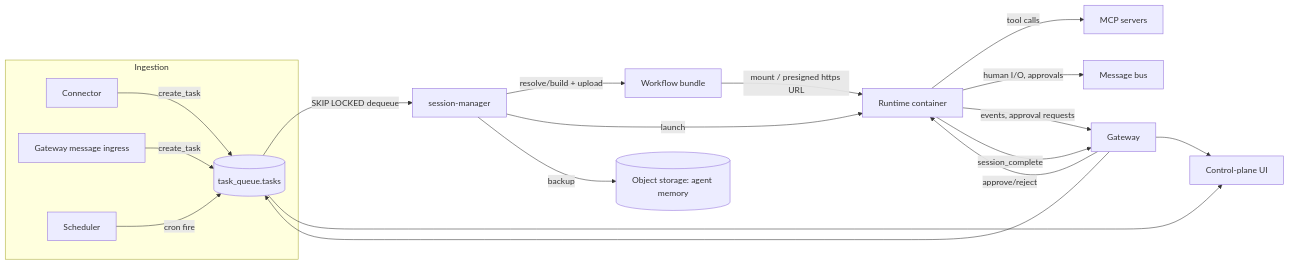
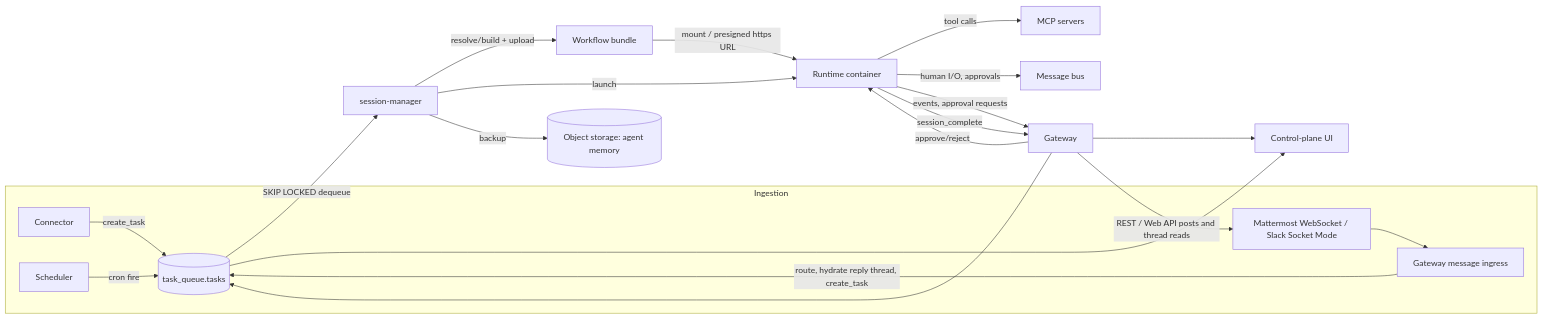
One commit to ops-workflows/agentic-ops-platform changed the diagram in docs/architecture.md. Above: the diagram before and after it, drawn with Mermaid. The commit also changed 133 other files, not shown here.

````diff
--- a/docs/architecture.md
+++ b/docs/architecture.md
@@ -79,23 +79,25 @@
 ```mermaid
 flowchart LR
     subgraph Ingestion
         C[Connector] -->|create_task| Q[(task_queue.tasks)]
-      W[Gateway message ingress] -->|create_task| Q
+            P[Mattermost WebSocket / Slack Socket Mode] --> W[Gateway message ingress]
+            W -->|route, hydrate reply thread, create_task| Q
         S[Scheduler] -->|cron fire| Q
     end
 
     Q -->|SKIP LOCKED dequeue| SM[session-manager]
     SM -->|resolve/build + upload| B[Workflow bundle]
     SM -->|launch| RT[Runtime container]
     B -->|mount / presigned https URL| RT
 
     RT -->|tool calls| MCP[MCP servers]
     RT -->|human I/O, approvals| MB[Message bus]
     RT -->|events, approval requests| GW[Gateway]
+   GW -->|REST / Web API posts and thread reads| P
     GW -->|approve/reject| RT
     RT -->|session_complete| GW
     GW --> Q
     SM -->|backup| OS[(Object storage: agent memory)]
     Q --> UI[Control-plane UI]
     GW --> UI
 ```
````
